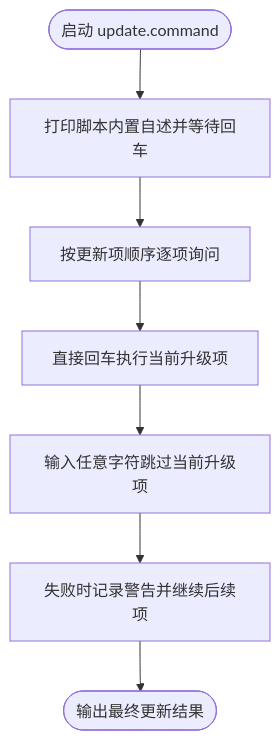
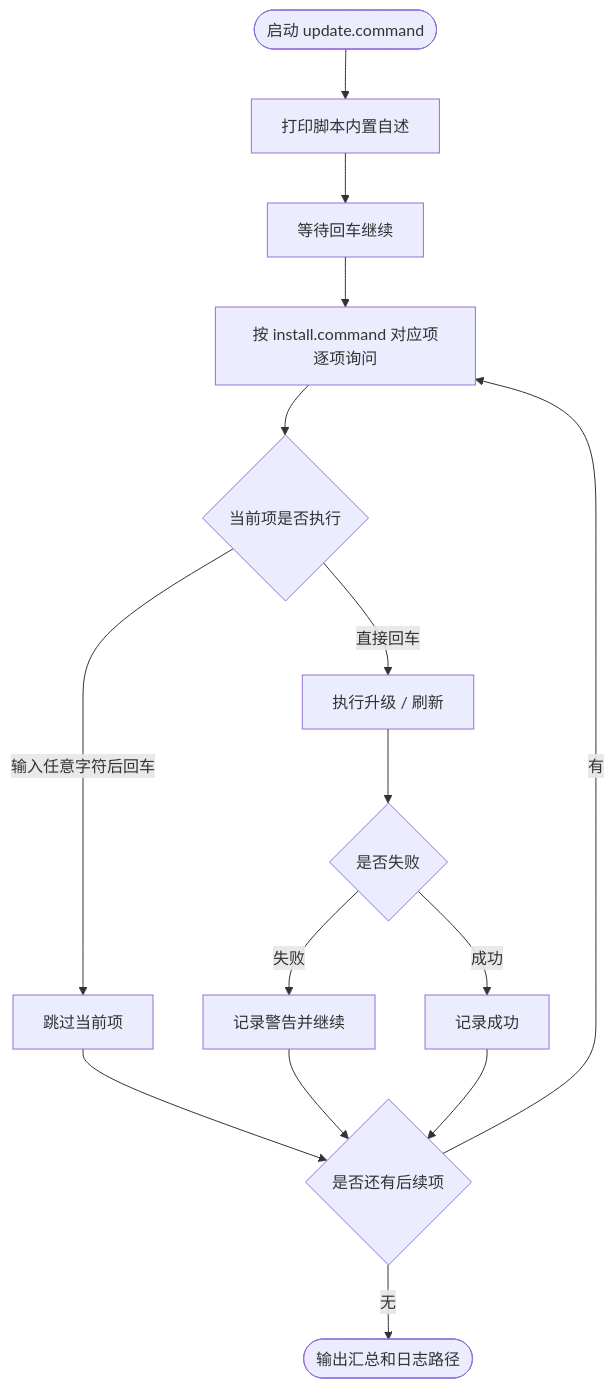
One commit to JobsKits/JobsMacEnvVarConfig changed the first of 2 diagrams in scripts/update.command/README.md. Above: the diagram before and after it, drawn with Mermaid. The commit also changed other lines of this file and 3 other files, not shown here.

````diff
--- a/scripts/update.command/README.md
+++ b/scripts/update.command/README.md
@@ -50,16 +203,17 @@
 ```mermaid
 flowchart TD
-    A([启动 update.command])
-    B[打印脚本内置自述并等待回车]
-    A --> B
-    C[按更新项顺序逐项询问]
-    B --> C
-    D[直接回车执行当前升级项]
-    C --> D
-    E[输入任意字符跳过当前升级项]
-    D --> E
-    F[失败时记录警告并继续后续项]
-    E --> F
-    G([输出最终更新结果])
-    F --> G
+    A([启动 update.command]) --> B[打印脚本内置自述]
+    B --> C[等待回车继续]
+    C --> D[按 install.command 对应项逐项询问]
+    D --> E{当前项是否执行}
+    E -->|直接回车| F[执行升级 / 刷新]
+    E -->|输入任意字符后回车| G[跳过当前项]
+    F --> H{是否失败}
+    H -->|失败| I[记录警告并继续]
+    H -->|成功| J[记录成功]
+    G --> K{是否还有后续项}
+    I --> K
+    J --> K
+    K -->|有| D
+    K -->|无| L([输出汇总和日志路径])
 ```
````
